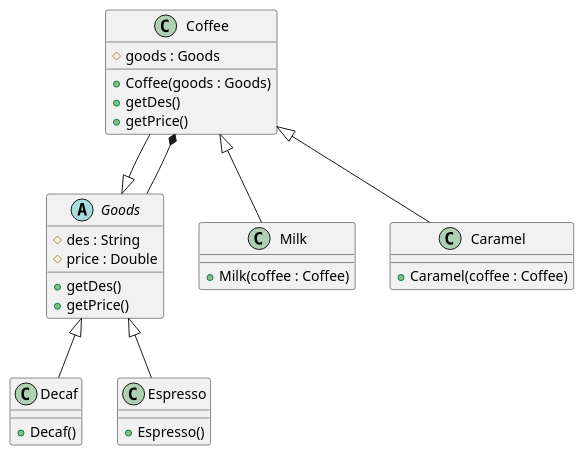
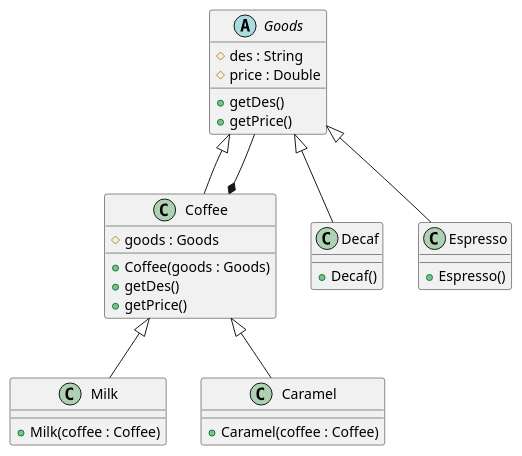
Before and after one commit to Max-Qiu/demo: the diagram in demo-DesignPattern/src/main/java/com/maxqiu/demo/P07_Decorator/Decorator.puml, drawn with PlantUML. The commit also changed 34 other files, not shown here.

```diff
--- a/demo-DesignPattern/src/main/java/com/maxqiu/demo/P07_Decorator/Decorator.puml
+++ b/demo-DesignPattern/src/main/java/com/maxqiu/demo/P07_Decorator/Decorator.puml
@@ -1,32 +1,32 @@
 @startuml
 abstract class Goods {
     # des : String
     # price : Double
     + getDes()
     + getPrice()
 }
 class Decaf {
     + Decaf()
 }
 class Espresso {
     + Espresso()
 }
 class Coffee {
     # goods : Goods
     + Coffee(goods : Goods)
     + getDes()
     + getPrice()
 }
 class Milk {
     + Milk(coffee : Coffee)
 }
 class Caramel {
     + Caramel(coffee : Coffee)
 }
 Decaf -up-|> Goods
 Espresso -up-|> Goods
-Coffee --|> Goods
-Coffee *-- Goods
+Coffee -up-|> Goods
+Coffee *-up- Goods
 Milk -up-|> Coffee
 Caramel -up-|> Coffee
 @enduml
```
